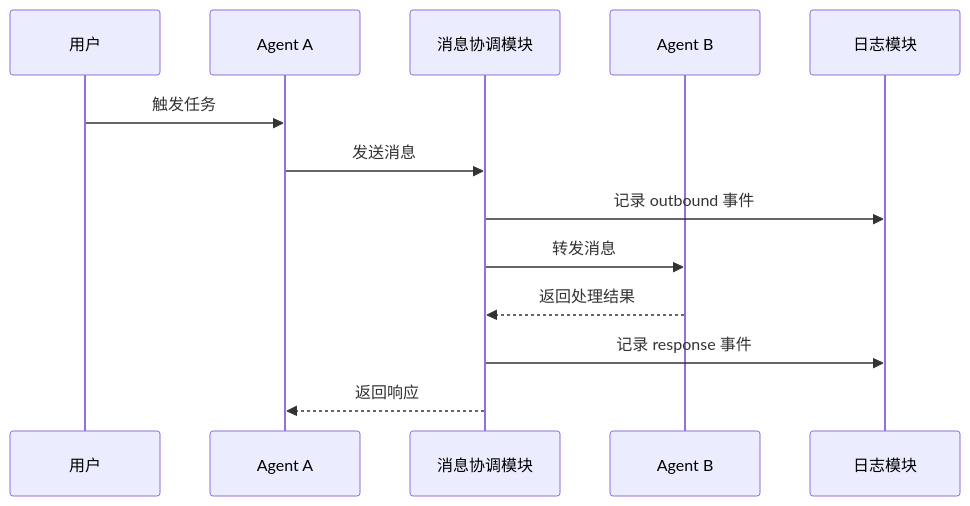
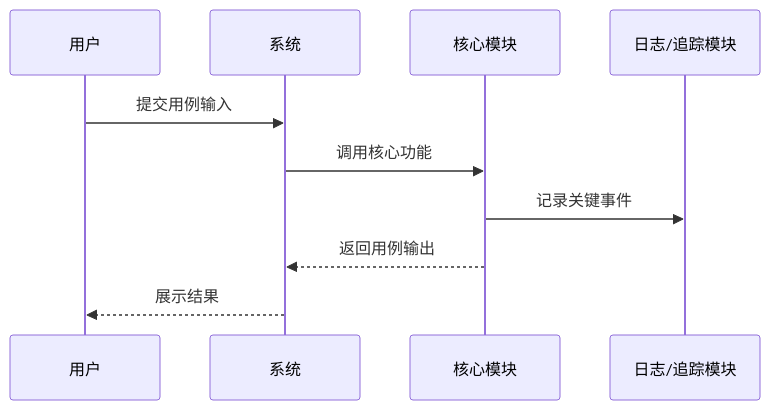
One commit to RIVERS0FT/huawei-tr-doc-skill changed the second of 2 diagrams in SKILL.md. Above: the diagram before and after it, drawn with Mermaid. The commit also changed other lines of this file, not shown here.

Commit message:
Add fixed TR1 use case fields

````diff
--- a/SKILL.md
+++ b/SKILL.md
@@ -158,15 +159,12 @@
 ```mermaid
 sequenceDiagram
   participant U as 用户
-  participant A as Agent A
-  participant B as 消息协调模块
-  participant C as Agent B
-  participant L as 日志模块
-  U->>A: 触发任务
-  A->>B: 发送消息
-  B->>L: 记录 outbound 事件
-  B->>C: 转发消息
-  C-->>B: 返回处理结果
-  B->>L: 记录 response 事件
-  B-->>A: 返回响应
+  participant S as 系统
+  participant M as 核心模块
+  participant L as 日志/追踪模块
+  U->>S: 提交用例输入
+  S->>M: 调用核心功能
+  M->>L: 记录关键事件
+  M-->>S: 返回用例输出
+  S-->>U: 展示结果
 ```
````
